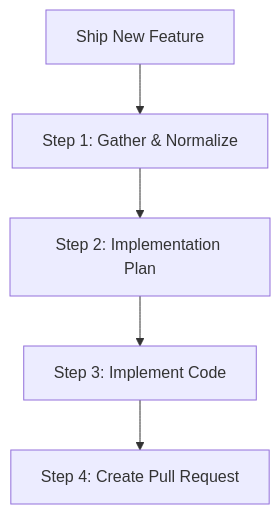
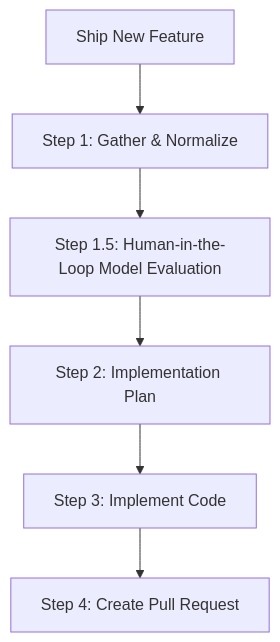
Before and after one commit to trivo-ops/prompts_ClineBot: the diagram in .clinerules/workflows/ship-new-feature.md, drawn with Mermaid. The commit also changed other lines of this file and 26 other files, not shown here.

````diff
--- a/.clinerules/workflows/ship-new-feature.md
+++ b/.clinerules/workflows/ship-new-feature.md
@@ -28,7 +41,8 @@
    ```mermaid
    graph TD
        A[Ship New Feature] --> B[Step 1: Gather & Normalize]
-       B --> C[Step 2: Implementation Plan]
+       B --> F[Step 1.5: Human-in-the-Loop Model Evaluation]
+       F --> C[Step 2: Implementation Plan]
        C --> D[Step 3: Implement Code]
        D --> E[Step 4: Create Pull Request]
    ```
````
